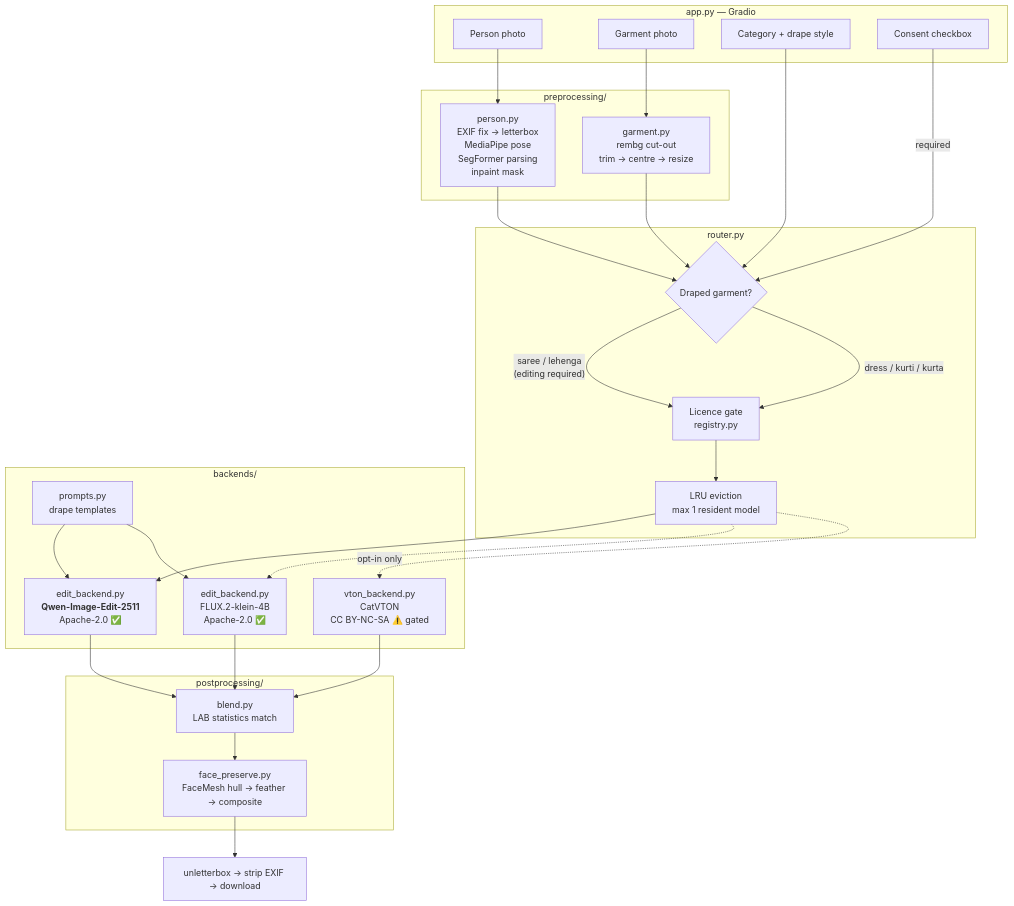
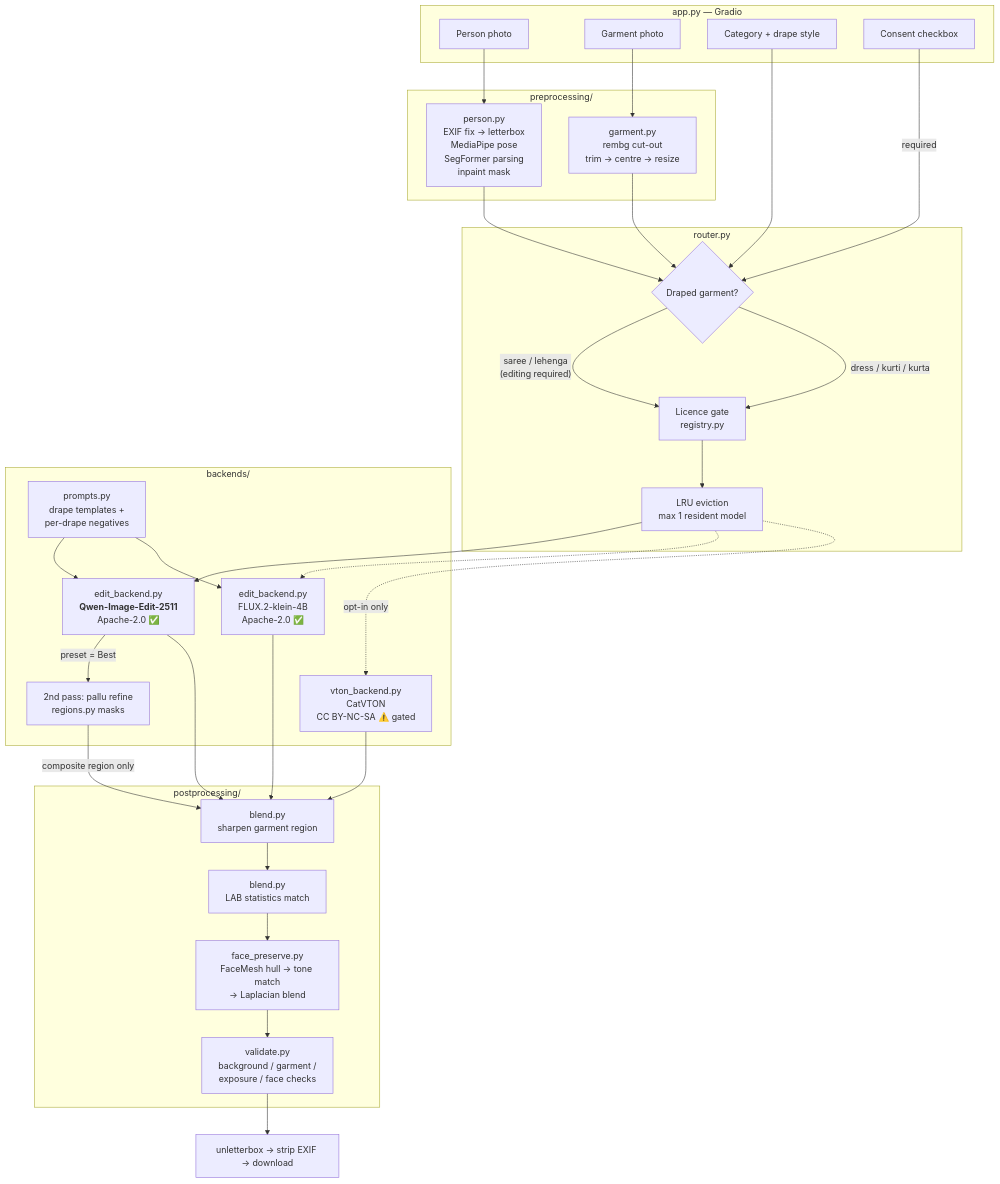
The diagram in README.md (Satya141/ai-trial-room), drawn with Mermaid before and after one commit. The commit also changed other lines of this file and 16 other files, not shown here.

````diff
--- a/README.md
+++ b/README.md
@@ -77,52 +77,57 @@
 ```mermaid
 flowchart TD
     subgraph UI["app.py — Gradio"]
         U1[Person photo]
         U2[Garment photo]
         U3[Category + drape style]
         U4[Consent checkbox]
     end
 
     subgraph PRE["preprocessing/"]
         P1["person.py<br/>EXIF fix → letterbox<br/>MediaPipe pose<br/>SegFormer parsing<br/>inpaint mask"]
         P2["garment.py<br/>rembg cut-out<br/>trim → centre → resize"]
     end
 
     subgraph ROUTE["router.py"]
         R1{"Draped garment?"}
         R2["Licence gate<br/>registry.py"]
         R3["LRU eviction<br/>max 1 resident model"]
     end
 
     subgraph BE["backends/"]
         B1["edit_backend.py<br/><b>Qwen-Image-Edit-2511</b><br/>Apache-2.0 ✅"]
         B2["edit_backend.py<br/>FLUX.2-klein-4B<br/>Apache-2.0 ✅"]
         B3["vton_backend.py<br/>CatVTON<br/>CC BY-NC-SA ⚠️ gated"]
-        B4["prompts.py<br/>drape templates"]
+        B4["prompts.py<br/>drape templates +<br/>per-drape negatives"]
+        B5["2nd pass: pallu refine<br/>regions.py masks"]
     end
 
     subgraph POST["postprocessing/"]
-        O1["face_preserve.py<br/>FaceMesh hull → feather → composite"]
+        O0["blend.py<br/>sharpen garment region"]
         O2["blend.py<br/>LAB statistics match"]
+        O1["face_preserve.py<br/>FaceMesh hull → tone match<br/>→ Laplacian blend"]
+        O3["validate.py<br/>background / garment /<br/>exposure / face checks"]
     end
 
     U1 --> P1
     U2 --> P2
     U3 --> R1
     U4 -->|required| R1
 
     P1 --> R1
     P2 --> R1
     R1 -->|"saree / lehenga<br/>(editing required)"| R2
     R1 -->|"dress / kurti / kurta"| R2
     R2 --> R3
     R3 --> B1
     R3 -.-> B2
     R3 -.->|opt-in only| B3
     B4 --> B1
     B4 --> B2
+    B1 -->|"preset = Best"| B5
+    B5 -->|composite region only| O0
 
-    B1 --> O2 --> O1 --> F["unletterbox → strip EXIF → download"]
-    B2 --> O2
-    B3 --> O2
+    B1 --> O0 --> O2 --> O1 --> O3 --> F["unletterbox → strip EXIF → download"]
+    B2 --> O0
+    B3 --> O0
 ```
````
